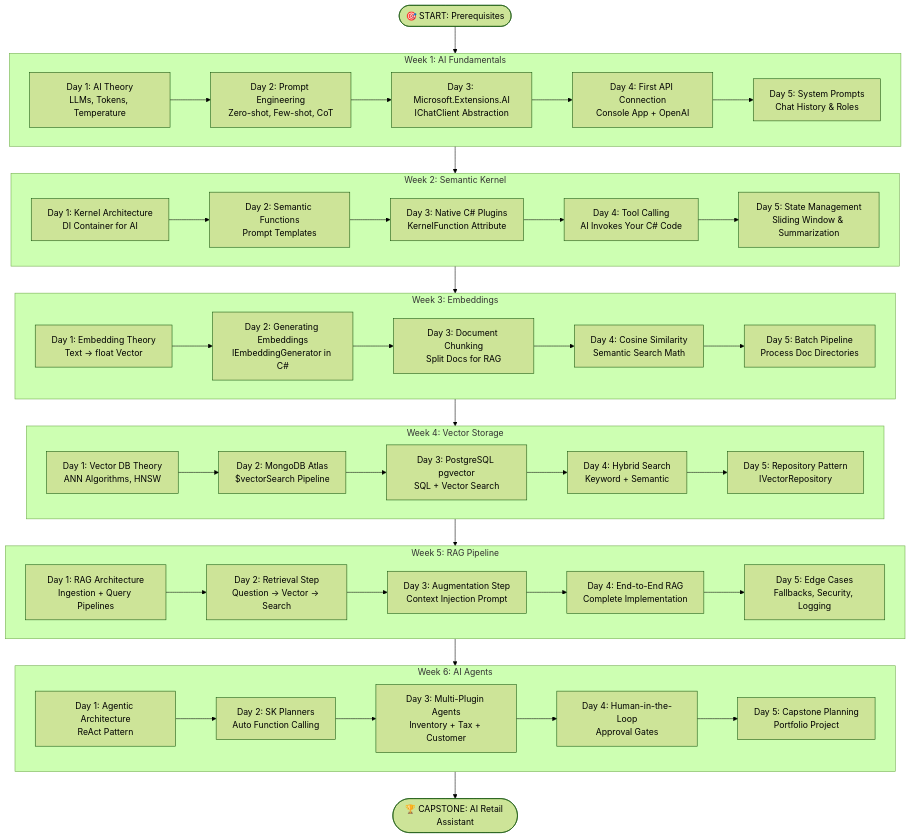
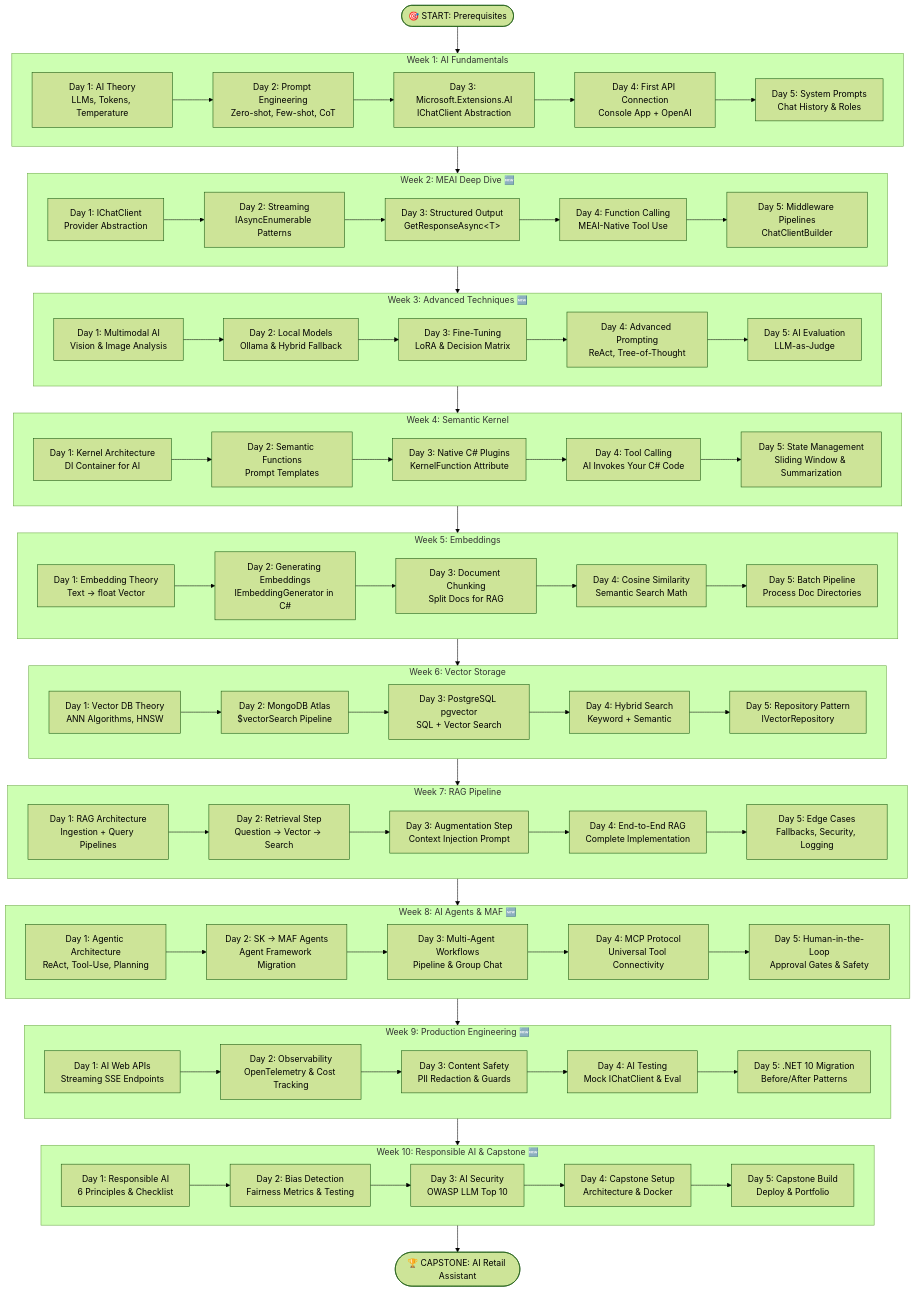
One commit to itsrajkumar/Modern-AI-Engineer-Dotnet changed the diagram in roadmap.md. Above: the diagram before and after it, drawn with Mermaid (forest theme). The commit also changed other lines of this file and 43 other files, not shown here.

````diff
--- a/roadmap.md
+++ b/roadmap.md
@@ -10,69 +12,113 @@
 graph TD
     START([🎯 START: Prerequisites]) --> W1
     
-    subgraph W1[Week 1: AI Fundamentals]
-        W1D1[Day 1: AI Theory<br/>LLMs, Tokens, Temperature]
-        W1D2[Day 2: Prompt Engineering<br/>Zero-shot, Few-shot, CoT]
-        W1D3[Day 3: Microsoft.Extensions.AI<br/>IChatClient Abstraction]
-        W1D4[Day 4: First API Connection<br/>Console App + OpenAI]
-        W1D5[Day 5: System Prompts<br/>Chat History & Roles]
+    subgraph W1["Week 1: AI Fundamentals"]
+        W1D1["Day 1: AI Theory<br/>LLMs, Tokens, Temperature"]
+        W1D2["Day 2: Prompt Engineering<br/>Zero-shot, Few-shot, CoT"]
+        W1D3["Day 3: Microsoft.Extensions.AI<br/>IChatClient Abstraction"]
+        W1D4["Day 4: First API Connection<br/>Console App + OpenAI"]
+        W1D5["Day 5: System Prompts<br/>Chat History & Roles"]
         W1D1 --> W1D2 --> W1D3 --> W1D4 --> W1D5
     end
     
     W1 --> W2
     
-    subgraph W2[Week 2: Semantic Kernel]
-        W2D1[Day 1: Kernel Architecture<br/>DI Container for AI]
-        W2D2[Day 2: Semantic Functions<br/>Prompt Templates]
-        W2D3[Day 3: Native C# Plugins<br/>KernelFunction Attribute]
-        W2D4[Day 4: Tool Calling<br/>AI Invokes Your C# Code]
-        W2D5[Day 5: State Management<br/>Sliding Window & Summarization]
+    subgraph W2["Week 2: MEAI Deep Dive 🆕"]
+        W2D1["Day 1: IChatClient<br/>Provider Abstraction"]
+        W2D2["Day 2: Streaming<br/>IAsyncEnumerable Patterns"]
+        W2D3["Day 3: Structured Output<br/>GetResponseAsync&lt;T&gt;"]
+        W2D4["Day 4: Function Calling<br/>MEAI-Native Tool Use"]
+        W2D5["Day 5: Middleware Pipelines<br/>ChatClientBuilder"]
         W2D1 --> W2D2 --> W2D3 --> W2D4 --> W2D5
     end
     
     W2 --> W3
     
-    subgraph W3[Week 3: Embeddings]
-        W3D1[Day 1: Embedding Theory<br/>Text → float Vector]
-        W3D2[Day 2: Generating Embeddings<br/>IEmbeddingGenerator in C#]
-        W3D3[Day 3: Document Chunking<br/>Split Docs for RAG]
-        W3D4[Day 4: Cosine Similarity<br/>Semantic Search Math]
-        W3D5[Day 5: Batch Pipeline<br/>Process Doc Directories]
+    subgraph W3["Week 3: Advanced Techniques 🆕"]
+        W3D1["Day 1: Multimodal AI<br/>Vision & Image Analysis"]
+        W3D2["Day 2: Local Models<br/>Ollama & Hybrid Fallback"]
+        W3D3["Day 3: Fine-Tuning<br/>LoRA & Decision Matrix"]
+        W3D4["Day 4: Advanced Prompting<br/>ReAct, Tree-of-Thought"]
+        W3D5["Day 5: AI Evaluation<br/>LLM-as-Judge"]
         W3D1 --> W3D2 --> W3D3 --> W3D4 --> W3D5
     end
     
     W3 --> W4
     
-    subgraph W4[Week 4: Vector Storage]
-        W4D1[Day 1: Vector DB Theory<br/>ANN Algorithms, HNSW]
-        W4D2[Day 2: MongoDB Atlas<br/>$vectorSearch Pipeline]
-        W4D3[Day 3: PostgreSQL pgvector<br/>SQL + Vector Search]
-        W4D4[Day 4: Hybrid Search<br/>Keyword + Semantic]
-        W4D5[Day 5: Repository Pattern<br/>IVectorRepository]
+    subgraph W4["Week 4: Semantic Kernel"]
+        W4D1["Day 1: Kernel Architecture<br/>DI Container for AI"]
+        W4D2["Day 2: Semantic Functions<br/>Prompt Templates"]
+        W4D3["Day 3: Native C# Plugins<br/>KernelFunction Attribute"]
+        W4D4["Day 4: Tool Calling<br/>AI Invokes Your C# Code"]
+        W4D5["Day 5: State Management<br/>Sliding Window & Summarization"]
         W4D1 --> W4D2 --> W4D3 --> W4D4 --> W4D5
     end
     
     W4 --> W5
     
-    subgraph W5[Week 5: RAG Pipeline]
-        W5D1[Day 1: RAG Architecture<br/>Ingestion + Query Pipelines]
-        W5D2[Day 2: Retrieval Step<br/>Question → Vector → Search]
-        W5D3[Day 3: Augmentation Step<br/>Context Injection Prompt]
-        W5D4[Day 4: End-to-End RAG<br/>Complete Implementation]
-        W5D5[Day 5: Edge Cases<br/>Fallbacks, Security, Logging]
+    subgraph W5["Week 5: Embeddings"]
+        W5D1["Day 1: Embedding Theory<br/>Text → float Vector"]
+        W5D2["Day 2: Generating Embeddings<br/>IEmbeddingGenerator in C#"]
+        W5D3["Day 3: Document Chunking<br/>Split Docs for RAG"]
+        W5D4["Day 4: Cosine Similarity<br/>Semantic Search Math"]
+        W5D5["Day 5: Batch Pipeline<br/>Process Doc Directories"]
         W5D1 --> W5D2 --> W5D3 --> W5D4 --> W5D5
     end
     
     W5 --> W6
     
-    subgraph W6[Week 6: AI Agents]
-        W6D1[Day 1: Agentic Architecture<br/>ReAct Pattern]
-        W6D2[Day 2: SK Planners<br/>Auto Function Calling]
-        W6D3[Day 3: Multi-Plugin Agents<br/>Inventory + Tax + Customer]
-        W6D4[Day 4: Human-in-the-Loop<br/>Approval Gates]
-        W6D5[Day 5: Capstone Planning<br/>Portfolio Project]
+    subgraph W6["Week 6: Vector Storage"]
+        W6D1["Day 1: Vector DB Theory<br/>ANN Algorithms, HNSW"]
+        W6D2["Day 2: MongoDB Atlas<br/>$vectorSearch Pipeline"]
+        W6D3["Day 3: PostgreSQL pgvector<br/>SQL + Vector Search"]
+        W6D4["Day 4: Hybrid Search<br/>Keyword + Semantic"]
+        W6D5["Day 5: Repository Pattern<br/>IVectorRepository"]
         W6D1 --> W6D2 --> W6D3 --> W6D4 --> W6D5
     end
     
-    W6 --> CAPSTONE([🏆 CAPSTONE: AI Retail Assistant])
+    W6 --> W7
+    
+    subgraph W7["Week 7: RAG Pipeline"]
+        W7D1["Day 1: RAG Architecture<br/>Ingestion + Query Pipelines"]
+        W7D2["Day 2: Retrieval Step<br/>Question → Vector → Search"]
+        W7D3["Day 3: Augmentation Step<br/>Context Injection Prompt"]
+        W7D4["Day 4: End-to-End RAG<br/>Complete Implementation"]
+        W7D5["Day 5: Edge Cases<br/>Fallbacks, Security, Logging"]
+        W7D1 --> W7D2 --> W7D3 --> W7D4 --> W7D5
+    end
+    
+    W7 --> W8
+    
+    subgraph W8["Week 8: AI Agents & MAF 🆕"]
+        W8D1["Day 1: Agentic Architecture<br/>ReAct, Tool-Use, Planning"]
+        W8D2["Day 2: SK → MAF Agents<br/>Agent Framework Migration"]
+        W8D3["Day 3: Multi-Agent Workflows<br/>Pipeline & Group Chat"]
+        W8D4["Day 4: MCP Protocol<br/>Universal Tool Connectivity"]
+        W8D5["Day 5: Human-in-the-Loop<br/>Approval Gates & Safety"]
+        W8D1 --> W8D2 --> W8D3 --> W8D4 --> W8D5
+    end
+    
+    W8 --> W9
+    
+    subgraph W9["Week 9: Production Engineering 🆕"]
+        W9D1["Day 1: AI Web APIs<br/>Streaming SSE Endpoints"]
+        W9D2["Day 2: Observability<br/>OpenTelemetry & Cost Tracking"]
+        W9D3["Day 3: Content Safety<br/>PII Redaction & Guards"]
+        W9D4["Day 4: AI Testing<br/>Mock IChatClient & Eval"]
+        W9D5["Day 5: .NET 10 Migration<br/>Before/After Patterns"]
+        W9D1 --> W9D2 --> W9D3 --> W9D4 --> W9D5
+    end
+    
+    W9 --> W10
+    
+    subgraph W10["Week 10: Responsible AI & Capstone 🆕"]
+        W10D1["Day 1: Responsible AI<br/>6 Principles & Checklist"]
+        W10D2["Day 2: Bias Detection<br/>Fairness Metrics & Testing"]
+        W10D3["Day 3: AI Security<br/>OWASP LLM Top 10"]
+        W10D4["Day 4: Capstone Setup<br/>Architecture & Docker"]
+        W10D5["Day 5: Capstone Build<br/>Deploy & Portfolio"]
+        W10D1 --> W10D2 --> W10D3 --> W10D4 --> W10D5
+    end
+    
+    W10 --> CAPSTONE([🏆 CAPSTONE: AI Retail Assistant])
 ```
````
